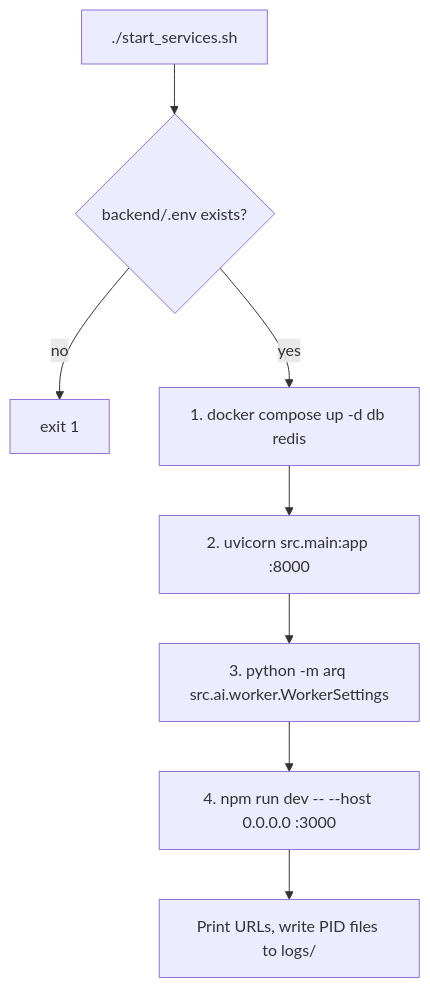
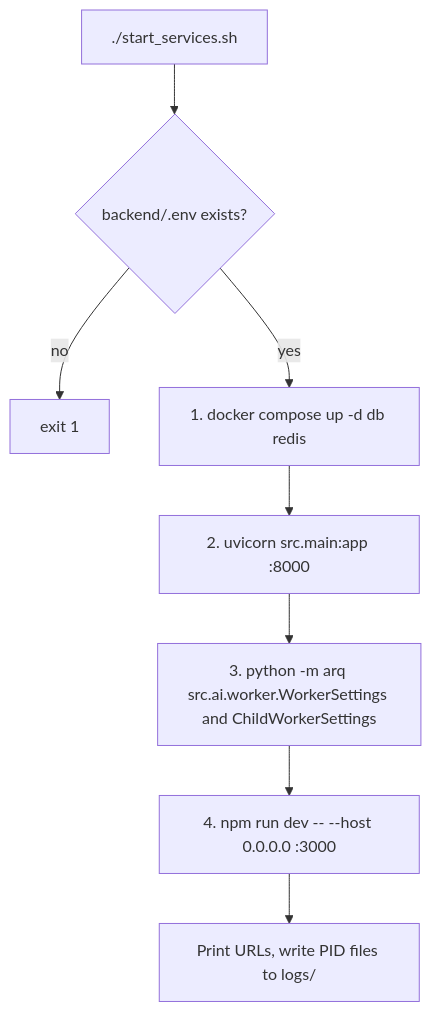
The second of 19 diagrams in docs/current/02-system-architecture.md (gondolerahul/hire-buddha-app), drawn with Mermaid before and after one commit. The commit also changed other lines of this file and 16 other files, not shown here.

````diff
--- a/docs/current/02-system-architecture.md
+++ b/docs/current/02-system-architecture.md
@@ -93,10 +94,10 @@
 ```mermaid
 flowchart TD
     S["./start_services.sh"] --> C{"backend/.env exists?"}
     C -->|no| ERR["exit 1"]
     C -->|yes| D1["1. docker compose up -d db redis"]
     D1 --> D2["2. uvicorn src.main:app :8000"]
-    D2 --> D3["3. python -m arq src.ai.worker.WorkerSettings"]
+    D2 --> D3["3. python -m arq src.ai.worker.WorkerSettings and ChildWorkerSettings"]
     D3 --> D4["4. npm run dev -- --host 0.0.0.0 :3000"]
     D4 --> DONE["Print URLs, write PID files to logs/"]
 ```
````
